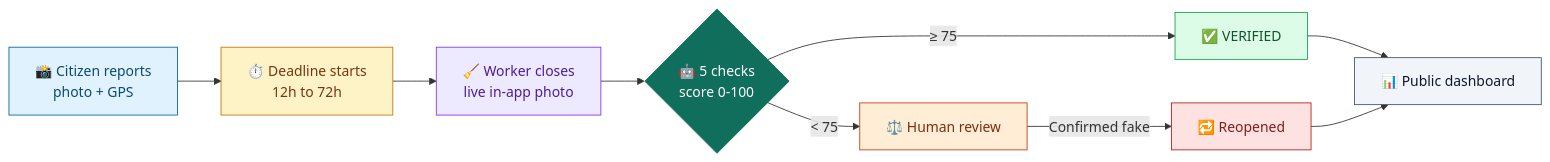
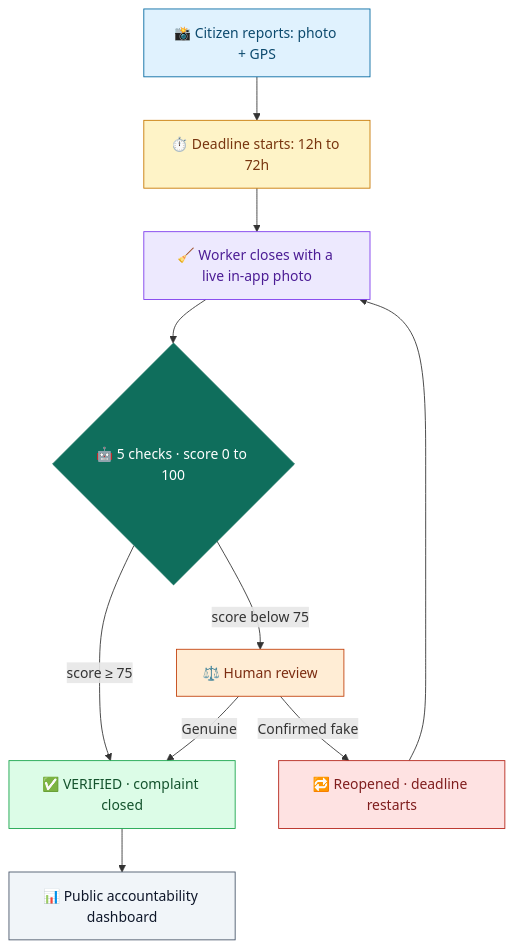
Before and after one commit to lakkarsunanditha14/CleanProof: the diagram in README.md, drawn with Mermaid. The commit also changed other lines of this file, not shown here.

Commit message:
README: add slogan, larger How it works steps, remove laptop note

````diff
--- a/README.md
+++ b/README.md
@@ -52,19 +61,20 @@
 ```mermaid
-flowchart LR
-    A["📸 Citizen reports<br/>photo + GPS"]:::citizen --> B["⏱️ Deadline starts<br/>12h to 72h"]:::sla
-    B --> C["🧹 Worker closes<br/>live in-app photo"]:::worker
-    C --> D{"🤖 5 checks<br/>score 0-100"}:::ai
-    D -->|"≥ 75"| E["✅ VERIFIED"]:::ok
-    D -->|"< 75"| F["⚖️ Human review"]:::review
-    F -->|"Confirmed fake"| G["🔁 Reopened"]:::bad
-    E --> H["📊 Public dashboard"]:::dash
-    G --> H
+flowchart TD
+    A["📸 Citizen reports: photo + GPS"]:::citizen --> B["⏱️ Deadline starts: 12h to 72h"]:::sla
+    B --> C["🧹 Worker closes with a live in-app photo"]:::worker
+    C --> D{"🤖 5 checks · score 0 to 100"}:::ai
+    D -->|"score ≥ 75"| E["✅ VERIFIED · complaint closed"]:::ok
+    D -->|"score below 75"| F["⚖️ Human review"]:::review
+    F -->|"Genuine"| E
+    F -->|"Confirmed fake"| G["🔁 Reopened · deadline restarts"]:::bad
+    G --> C
+    E --> H["📊 Public accountability dashboard"]:::dash
     classDef citizen fill:#E0F2FE,stroke:#0369A1,color:#0C4A6E
     classDef sla fill:#FEF3C7,stroke:#C77700,color:#78350F
     classDef worker fill:#EDE9FE,stroke:#7C3AED,color:#4C1D95
     classDef ai fill:#0F6E5C,stroke:#0F6E5C,color:#FFFFFF
     classDef ok fill:#DCFCE7,stroke:#16A34A,color:#14532D
     classDef review fill:#FFEDD5,stroke:#C2410C,color:#7C2D12
     classDef bad fill:#FEE2E2,stroke:#B42318,color:#7F1D1D
     classDef dash fill:#F1F5F9,stroke:#475569,color:#0F172A
 ```
````
